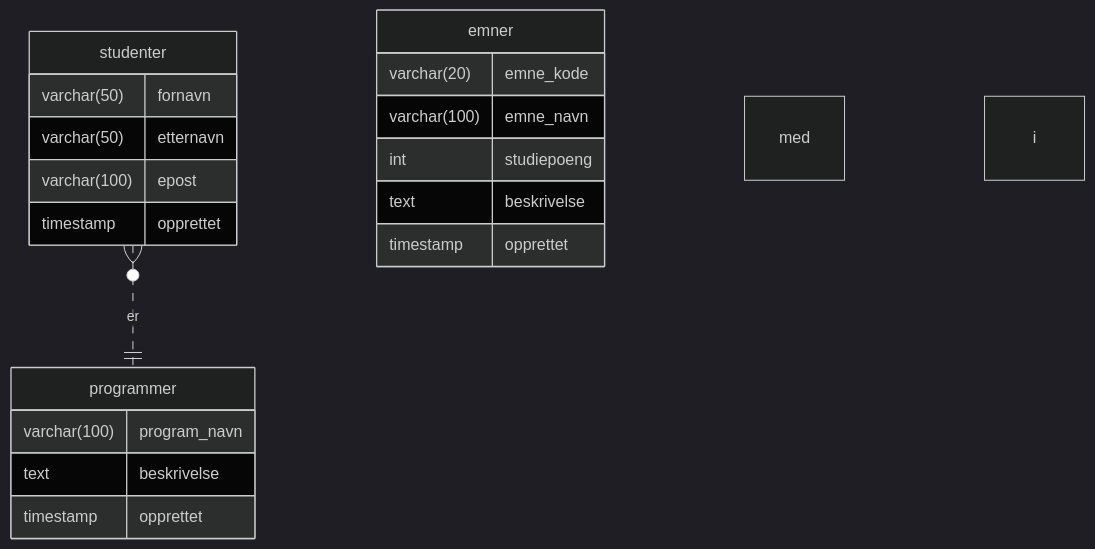
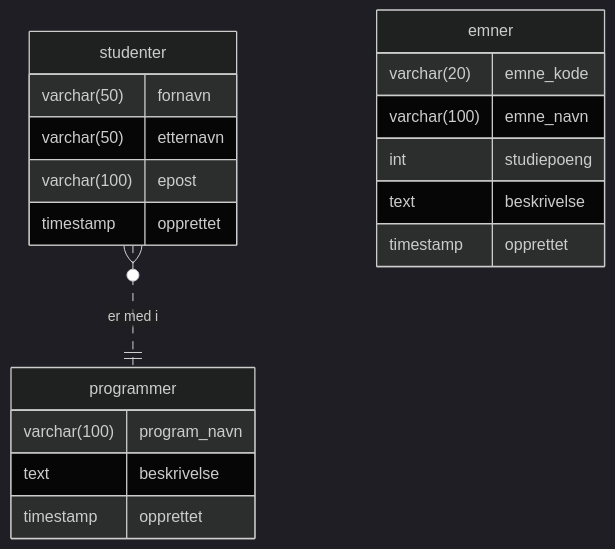
The fifth of 6 diagrams in forelesning05/forelesningsnotat-fra-modell-til-database.md (digitnow/data1500-forelesning), drawn with Mermaid (dark theme) before and after one commit. The commit also changed other lines of this file, not shown here.

````diff
--- a/forelesning05/forelesningsnotat-fra-modell-til-database.md
+++ b/forelesning05/forelesningsnotat-fra-modell-til-database.md
@@ -169,22 +169,22 @@
 ```mermaid
 erDiagram
     studenter {
    		varchar(50) fornavn
         varchar(50) etternavn
     	varchar(100) epost
     	timestamp opprettet
     }
     programmer {
     	varchar(100) program_navn
     	text beskrivelse
     	timestamp opprettet
     }
     emner {
     	varchar(20) emne_kode
     	varchar(100) emne_navn
     	int studiepoeng
     	text beskrivelse
     	timestamp opprettet
     }
-    studenter }o..|| programmer: er med i
+    studenter }o..|| programmer: "er med i"
 ```
````
